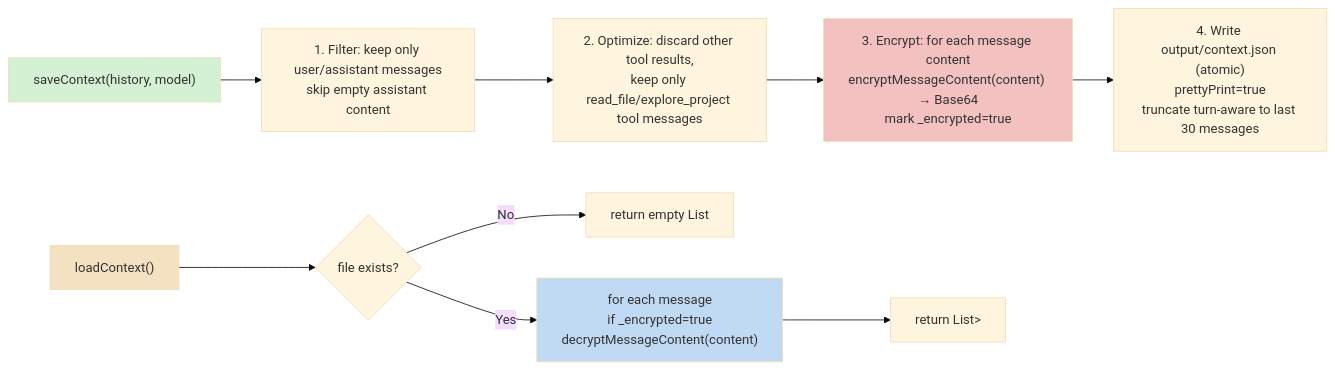
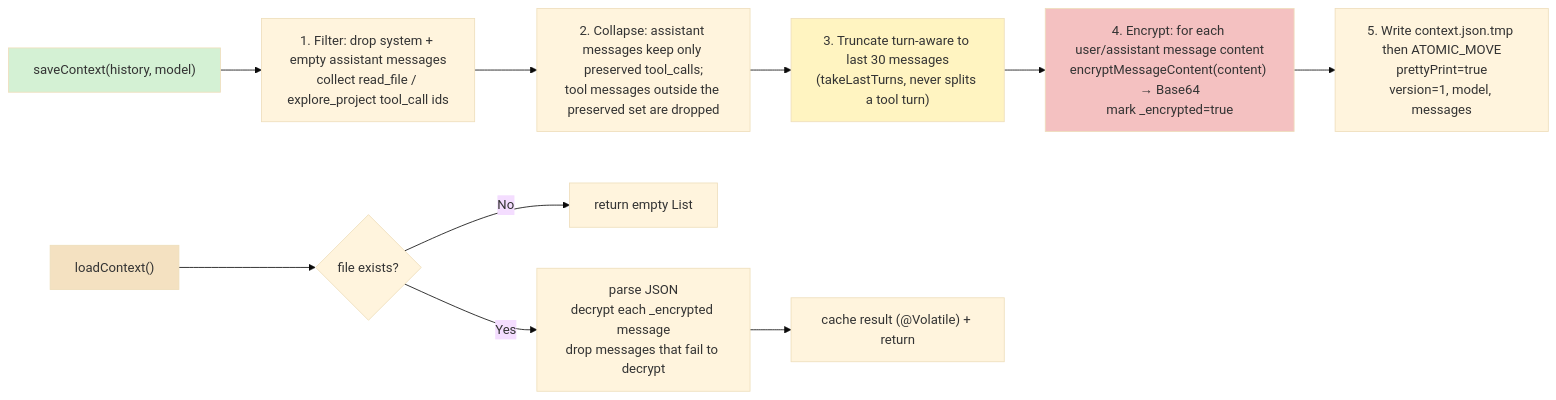
The eighth of 29 diagrams in docs/ARCHITECTURE.md (lg841226/Gradum), drawn with Mermaid (base theme) before and after one commit. The commit also changed other lines of this file and 5 other files, not shown here.

Commit message:
docs: sync ARCHITECTURE.md with framework refactor and polish skill/plugin code

````diff
--- a/docs/ARCHITECTURE.md
+++ b/docs/ARCHITECTURE.md
@@ -588,15 +655,16 @@
 ```mermaid
 flowchart LR
-    SAVE["saveContext(history, model)"] --> FILTER["1. Filter: keep only user/assistant messages<br/>skip empty assistant content"]
-    FILTER --> OPTIMIZE["2. Optimize: discard other tool results,<br/>keep only read_file/explore_project tool messages"]
-    OPTIMIZE --> ENCRYPT["3. Encrypt: for each message content<br/>encryptMessageContent(content) → Base64<br/>mark _encrypted=true"]
-    ENCRYPT --> WRITE["4. Write output/context.json (atomic)<br/>prettyPrint=true<br/>truncate turn-aware to last 30 messages"]
+    SAVE["saveContext(history, model)"] --> FILTER["1. Filter: drop system + empty assistant messages<br/>collect read_file / explore_project tool_call ids"]
+    FILTER --> OPTIMIZE["2. Collapse: assistant messages keep only preserved tool_calls;<br/>tool messages outside the preserved set are dropped"]
+    OPTIMIZE --> TRUNCATE["3. Truncate turn-aware to last 30 messages<br/>(takeLastTurns, never splits a tool turn)"]
+    TRUNCATE --> ENCRYPT["4. Encrypt: for each user/assistant message content<br/>encryptMessageContent(content) → Base64<br/>mark _encrypted=true"]
+    ENCRYPT --> WRITE["5. Write context.json.tmp then ATOMIC_MOVE<br/>prettyPrint=true<br/>version=1, model, messages"]
     LOAD["loadContext()"] --> FILE_EXISTS{file exists?}
     FILE_EXISTS -- No --> EMPTY[return empty List]
-    FILE_EXISTS -- Yes --> DECRYPT["for each message<br/>if _encrypted=true<br/>decryptMessageContent(content)"]
-    DECRYPT --> RETURN["return List<Map<String, Any>>"]
+    FILE_EXISTS -- Yes --> PARSE["parse JSON<br/>decrypt each _encrypted message<br/>drop messages that fail to decrypt"]
+    PARSE --> CACHE["cache result (@Volatile) + return"]
     style SAVE fill: #d4f1d4
     style LOAD fill: #f4e1c1
     style ENCRYPT fill: #f4c1c1
-    style DECRYPT fill: #c1daf4
+    style TRUNCATE fill: #fff4c1
 ```
````
